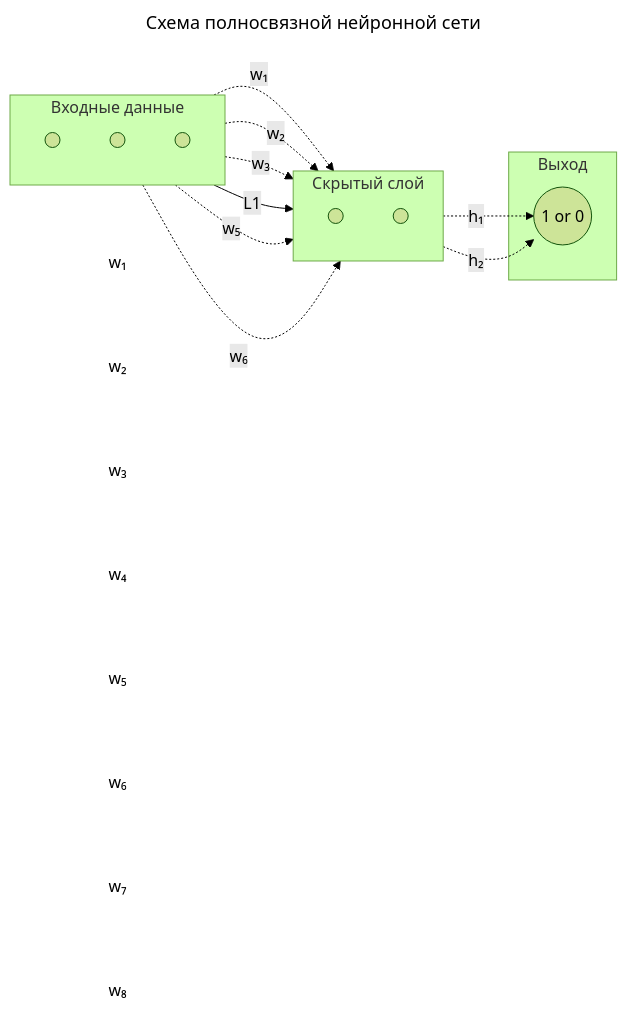
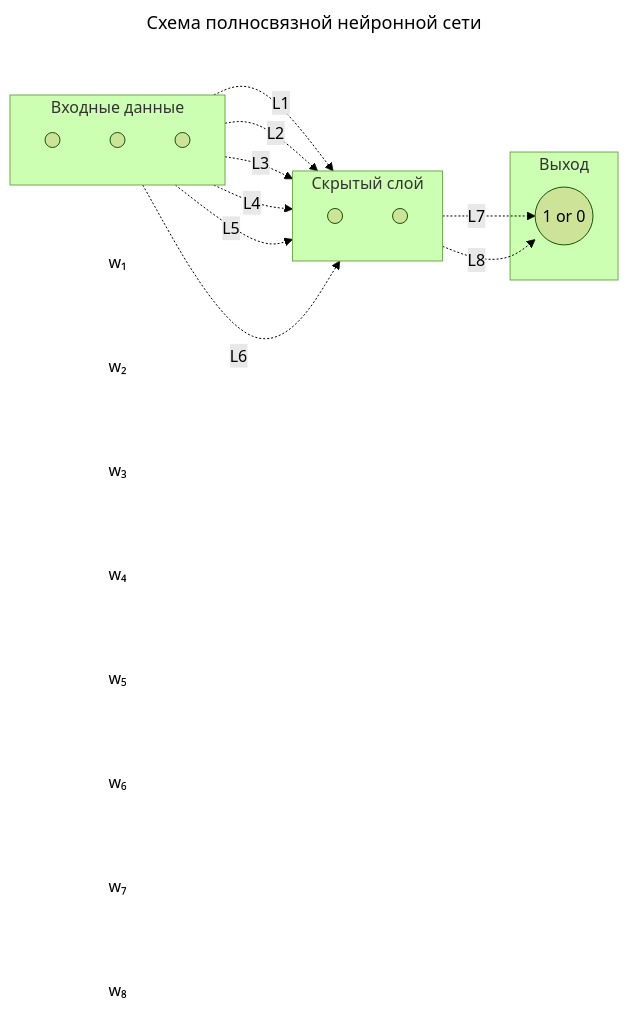
Before and after one commit to denisbolshakoff/Automation_of_prereview_of_scientific_manuscripts: the diagram in readme.md, drawn with Mermaid (forest theme).

Commit message:
исправлен readme.md файл

````diff
--- a/readme.md
+++ b/readme.md
@@ -29,49 +29,50 @@
 ```mermaid
 ---
 title: Схема полносвязной нейронной сети
 ---
 
 graph LR
 
 classDef nofill fill:none, stroke:none;
 
 
     subgraph Clients[Входные данные]
         direction TB
 	 A1((" ")) 
 	 A2((" "))
 	 A3((" "))
  	end
 
 	subgraph Hidden[Скрытый слой]
 	direction TB
 	 B1((" "))
 	 B2((" "))
 	end
 
 	subgraph exit[Выход]
 	 C1(("1 or 0"))
 	end
 
 
-	 A1((" ")) -.w₁.-> B1((" "))
-	 A2((" ")) -.w₂.-> B1
-	 A3((" ")) -.w₃.-> B1
-
-	 A1--L1-->B2((" "))
-	 A2-.w₅.->B2
-	 A3-.w₆.->B2
-
-
-	 B1-.h₁.->C1(("1 or 0"))
-	 B2-.h₂.->C1
-
 	L1["w₁"]:::nofill
 	L2["w₂"]:::nofill
 	L3["w₃"]:::nofill
 	L4["w₄"]:::nofill
 	L5["w₅"]:::nofill
 	L6["w₆"]:::nofill
 	L7["w₇"]:::nofill
 	L8["w₈"]:::nofill
+	
+	 A1((" ")) -.L1.-> B1((" "))
+	 A2((" ")) -.L2.-> B1
+	 A3((" ")) -.L3.-> B1
+
+	 A1-.L4.->B2((" "))
+	 A2-.L5.->B2
+	 A3-.L6.->B2
+
+
+	 B1-.L7.->C1(("1 or 0"))
+	 B2-.L8.->C1
+
 ```
````
